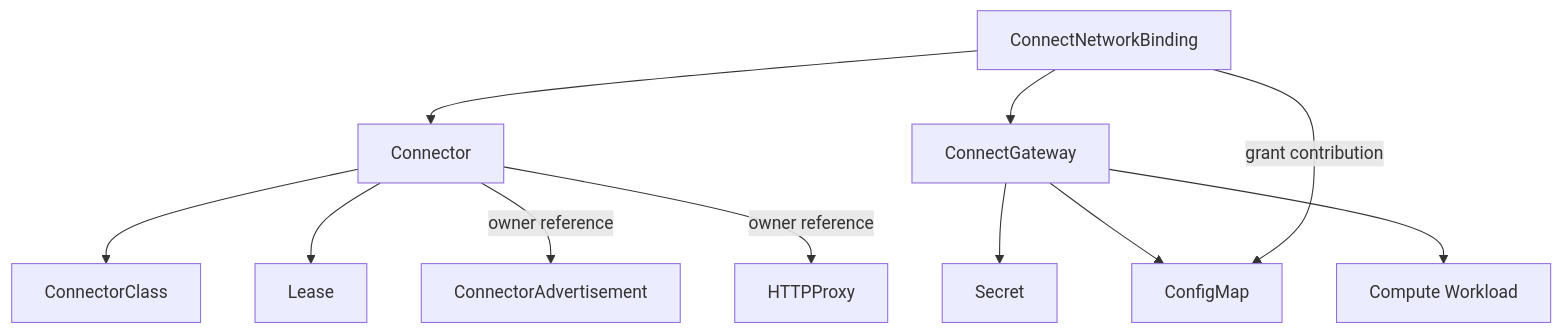
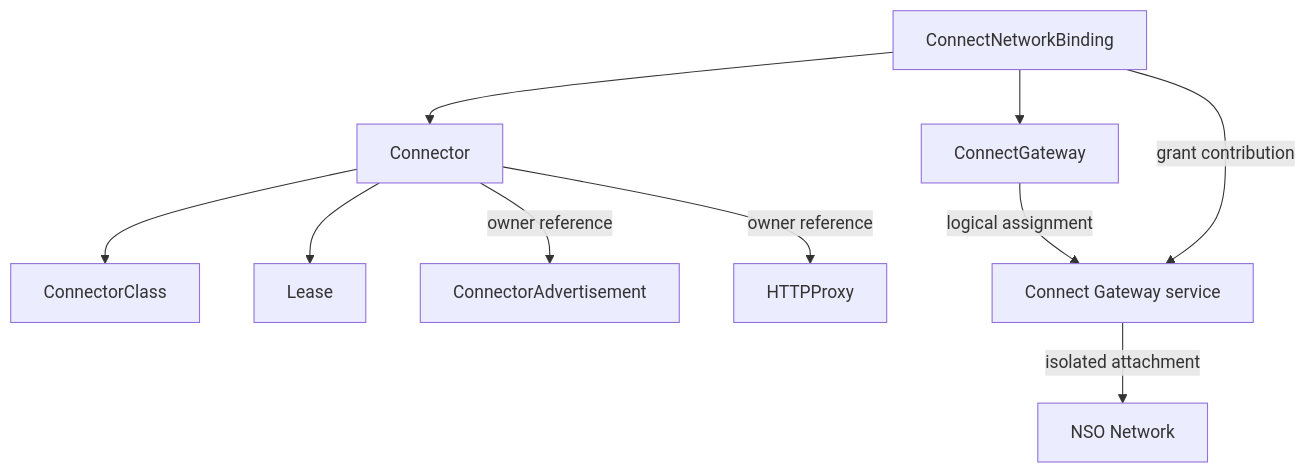
The diagram in docs/architecture/resource-model.md (datum-cloud/connect), drawn with Mermaid before and after one commit. The commit also changed other lines of this file and 14 other files, not shown here.

Commit message:
docs: abstract Connect Gateway deployment model

````diff
--- a/docs/architecture/resource-model.md
+++ b/docs/architecture/resource-model.md
@@ -27,24 +26,22 @@
 ```mermaid
 flowchart TD
     cc[ConnectorClass]
     c[Connector]
     l[Lease]
     a[ConnectorAdvertisement]
     hp[HTTPProxy]
     g[ConnectGateway]
-    s[Secret]
-    cm[ConfigMap]
-    w[Compute Workload]
+    gs[Connect Gateway service]
+    n[NSO Network]
     b[ConnectNetworkBinding]
 
     c --> cc
     c --> l
     c -->|owner reference| a
     c -->|owner reference| hp
-    g --> s
-    g --> cm
-    g --> w
+    g -->|logical assignment| gs
+    gs -->|isolated attachment| n
     b --> c
     b --> g
-    b -->|grant contribution| cm
+    b -->|grant contribution| gs
 ```
````
